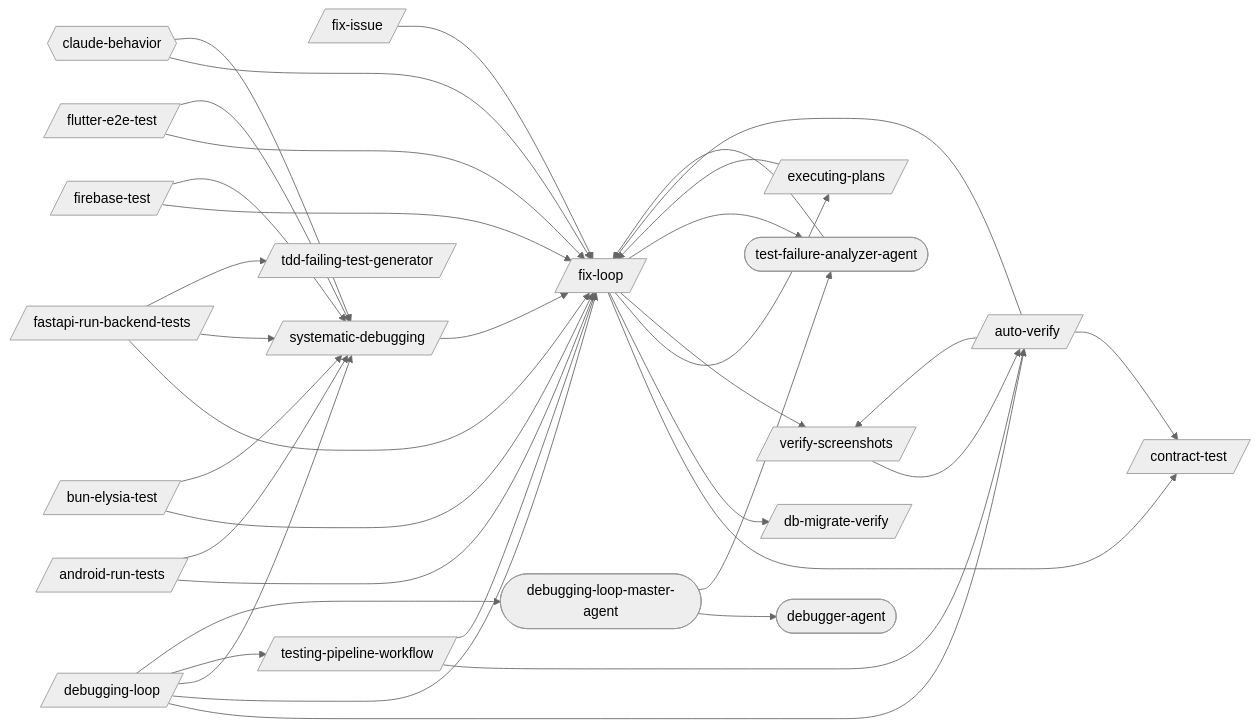
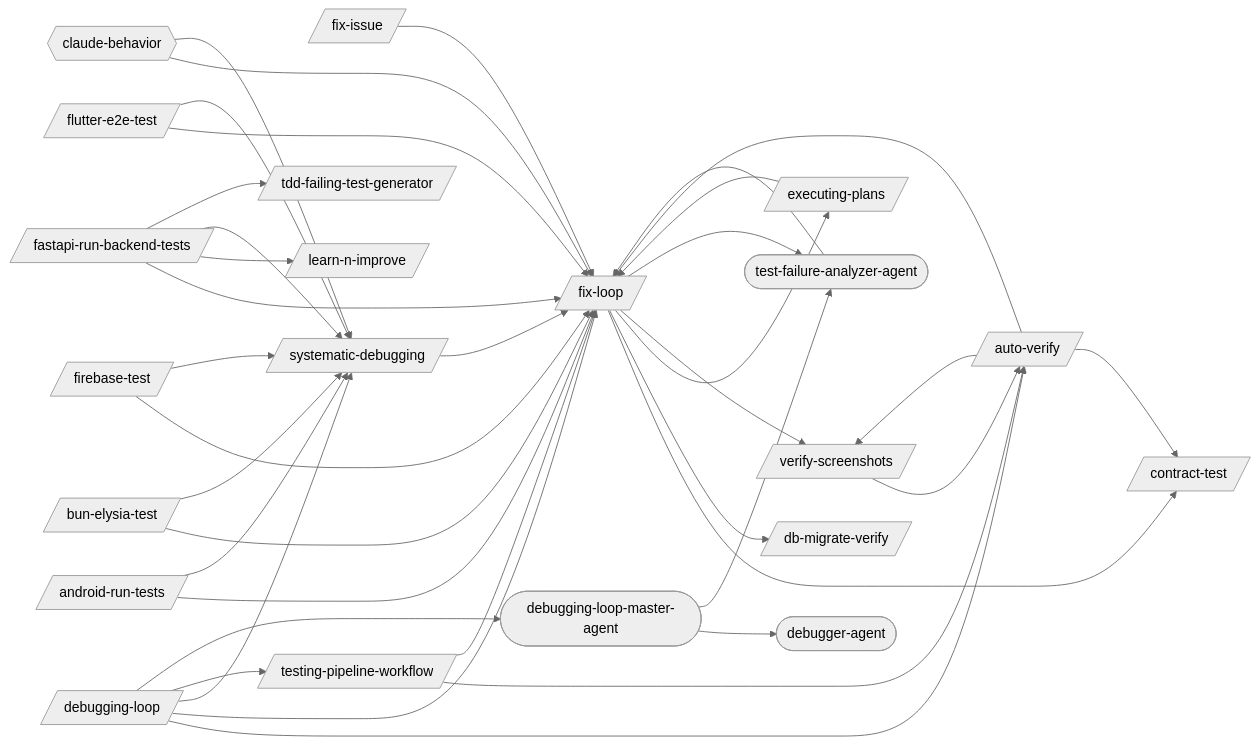
One commit to abhayla/claude-best-practices changed the first of 21 diagrams in docs/workflows/debugging-loop.md. Above: the diagram before and after it, drawn with Mermaid (neutral theme). The commit also changed other lines of this file and 12 other files, not shown here.

````diff
--- a/docs/workflows/debugging-loop.md
+++ b/docs/workflows/debugging-loop.md
@@ -9,58 +9,60 @@
 ```mermaid
 graph LR
     android_run_tests[/android-run-tests/]
     auto_verify[/auto-verify/]
     bun_elysia_test[/bun-elysia-test/]
     contract_test[/contract-test/]
     db_migrate_verify[/db-migrate-verify/]
     debugging_loop[/debugging-loop/]
     executing_plans[/executing-plans/]
     fastapi_run_backend_tests[/fastapi-run-backend-tests/]
     firebase_test[/firebase-test/]
     fix_issue[/fix-issue/]
     fix_loop[/fix-loop/]
     flutter_e2e_test[/flutter-e2e-test/]
+    learn_n_improve[/learn-n-improve/]
     systematic_debugging[/systematic-debugging/]
     tdd_failing_test_generator[/tdd-failing-test-generator/]
     testing_pipeline_workflow[/testing-pipeline-workflow/]
     verify_screenshots[/verify-screenshots/]
     debugger_agent([debugger-agent])
     debugging_loop_master_agent([debugging-loop-master-agent])
     test_failure_analyzer_agent([test-failure-analyzer-agent])
     claude_behavior{{claude-behavior}}
     android_run_tests --> fix_loop
     android_run_tests --> systematic_debugging
     auto_verify --> contract_test
     auto_verify --> fix_loop
     auto_verify --> verify_screenshots
     bun_elysia_test --> fix_loop
     bun_elysia_test --> systematic_debugging
     debugging_loop --> auto_verify
     debugging_loop --> fix_loop
     debugging_loop --> systematic_debugging
     debugging_loop --> testing_pipeline_workflow
     debugging_loop --> debugging_loop_master_agent
     executing_plans --> fix_loop
     fastapi_run_backend_tests --> fix_loop
+    fastapi_run_backend_tests --> learn_n_improve
     fastapi_run_backend_tests --> systematic_debugging
     fastapi_run_backend_tests --> tdd_failing_test_generator
     firebase_test --> fix_loop
     firebase_test --> systematic_debugging
     fix_issue --> fix_loop
     fix_loop --> contract_test
     fix_loop --> db_migrate_verify
     fix_loop --> executing_plans
     fix_loop --> verify_screenshots
     fix_loop --> test_failure_analyzer_agent
     flutter_e2e_test --> fix_loop
     flutter_e2e_test --> systematic_debugging
     systematic_debugging --> fix_loop
     testing_pipeline_workflow --> auto_verify
     testing_pipeline_workflow --> fix_loop
     verify_screenshots --> auto_verify
     debugging_loop_master_agent --> debugger_agent
     debugging_loop_master_agent --> test_failure_analyzer_agent
     test_failure_analyzer_agent --> fix_loop
     claude_behavior --> fix_loop
     claude_behavior --> systematic_debugging
 ```
````
